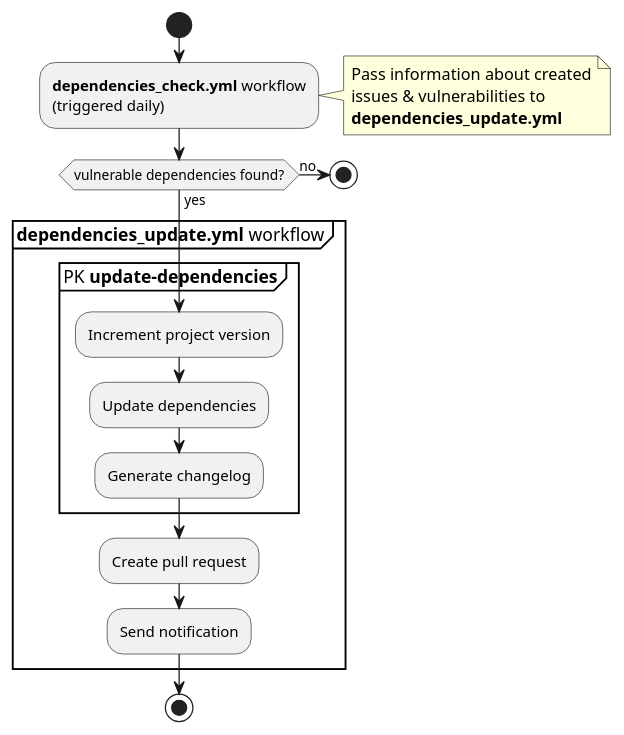
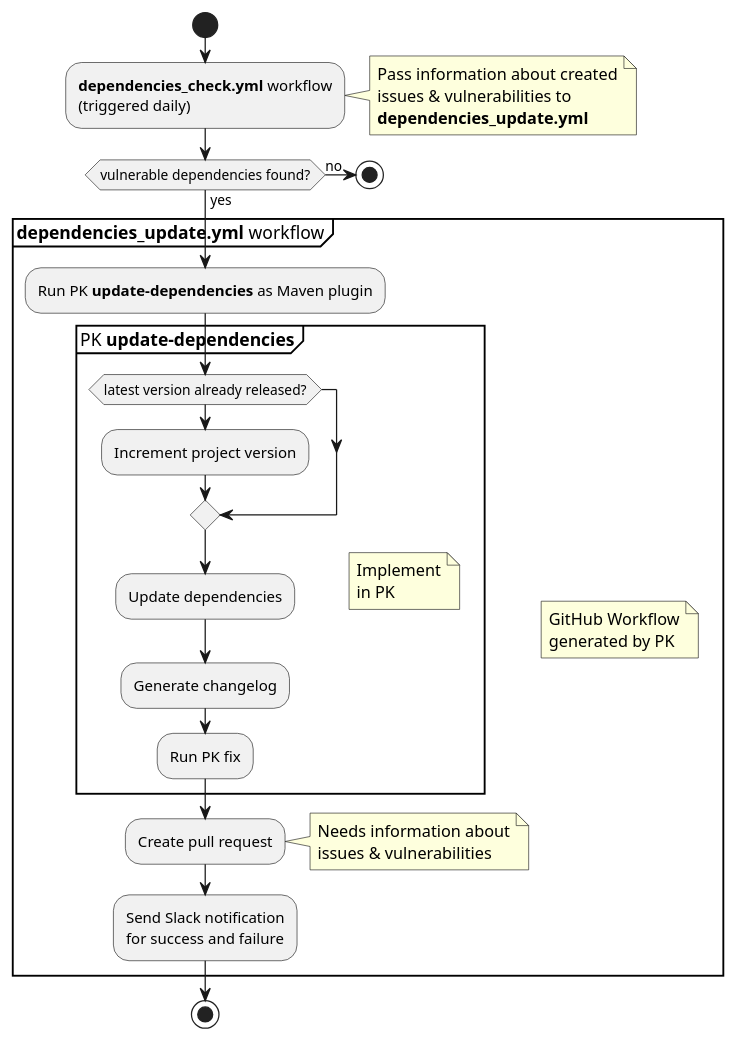
The diagram in doc/images/dependencies_update_process.plantuml (exasol/project-keeper), drawn with PlantUML before and after one commit. The commit also changed 3 other files, not shown here.

Commit message:
Update diagrams

```diff
--- a/doc/images/dependencies_update_process.plantuml
+++ b/doc/images/dependencies_update_process.plantuml
@@ -1,25 +1,42 @@
 @startuml dependencies_update_process
 
 start
 :**dependencies_check.yml** workflow
 (triggered daily);
 note right
   Pass information about created
   issues & vulnerabilities to
   **dependencies_update.yml**
 end note
 if(vulnerable dependencies found?) then (yes)
   group **dependencies_update.yml** workflow
-    group PK **update-dependencies** 
-      :Increment project version;
+    note right
+      GitHub Workflow
+      generated by PK
+    end note
+    :Run PK **update-dependencies** as Maven plugin;
+    group PK **update-dependencies**
+      note right
+        Implement
+        in PK
+      end note
+      if(latest version already released?)
+        :Increment project version;
+      endif
       :Update dependencies;
       :Generate changelog;
+      :Run PK fix;
     end group
     :Create pull request;
-    :Send notification;
+    note right
+      Needs information about
+      issues & vulnerabilities
+    end note
+    :Send Slack notification
+    for success and failure;
   end group
 else (no)
   stop
 endif
 stop
 @enduml
```
